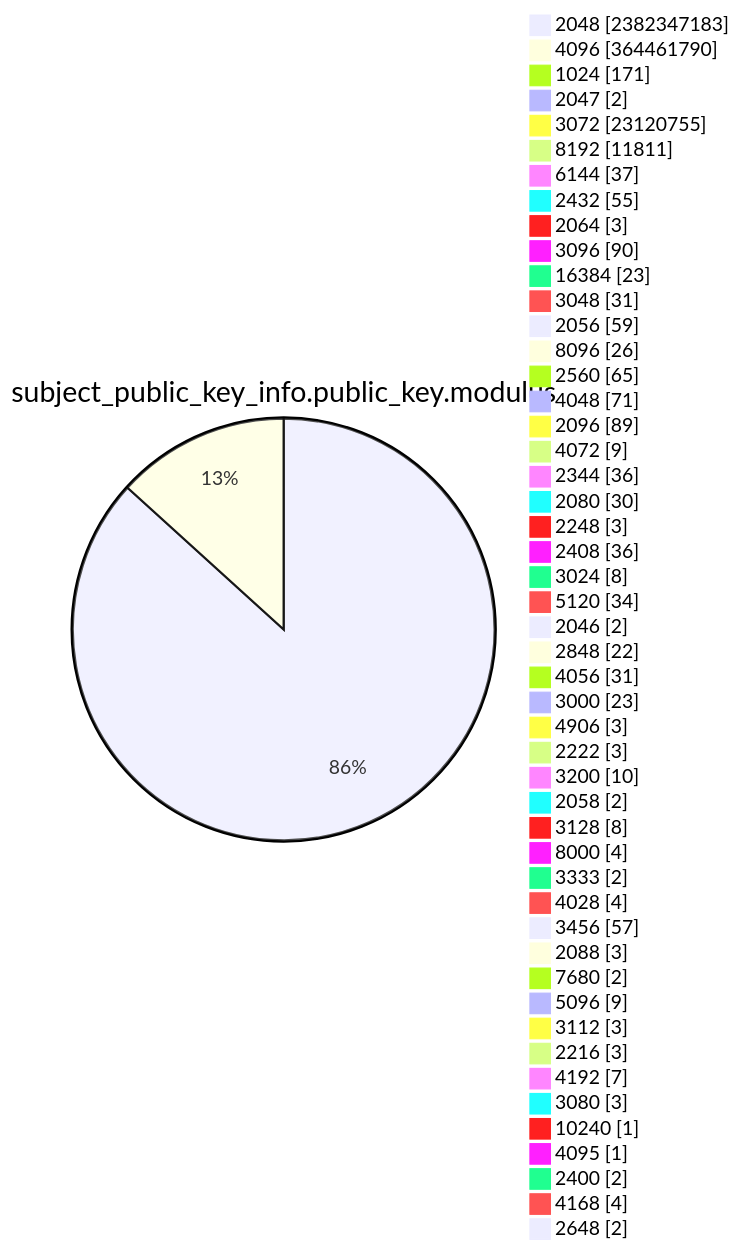
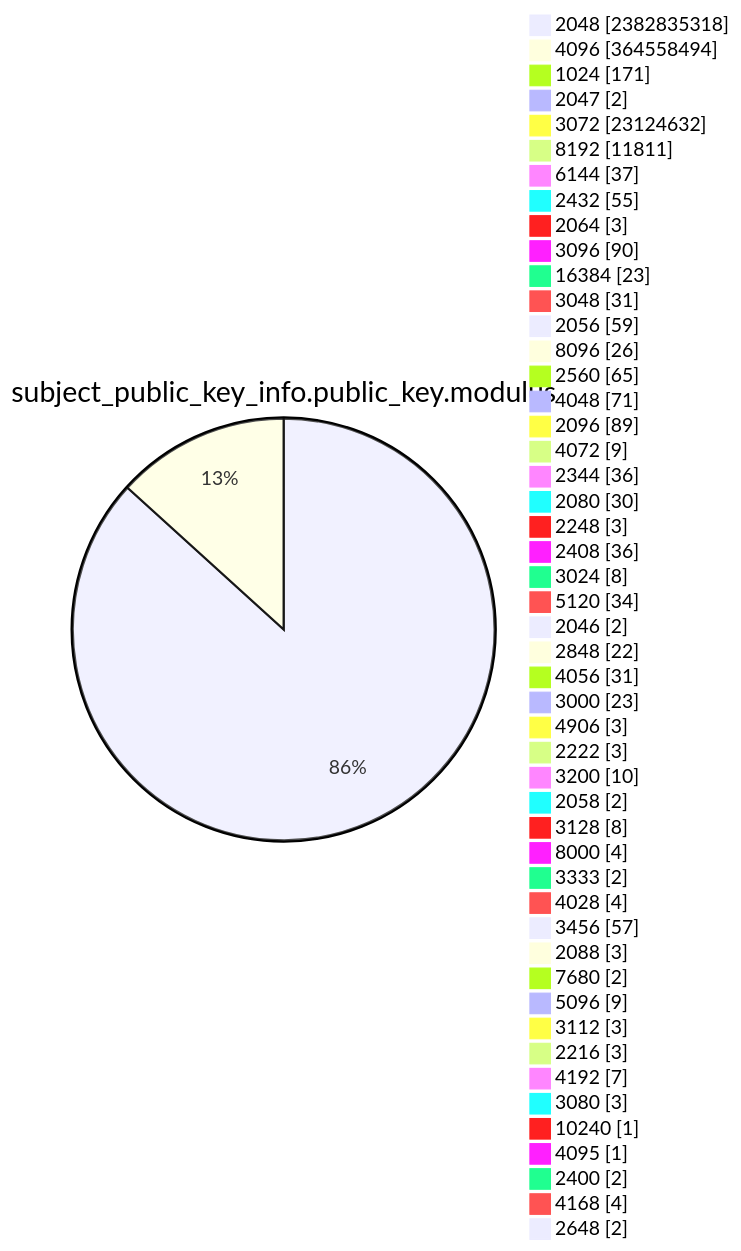
Before and after one commit to christiankrug/ctmonitor_visualization: diagram 13 of 15 in TOTAL/README.md, drawn with Mermaid. The commit also changed other lines of this file, not shown here.

````diff
--- a/TOTAL/README.md
+++ b/TOTAL/README.md
@@ -4167,53 +4167,53 @@
 ```mermaid
 pie showData
 title subject_public_key_info.public_key.modulus
-"2048" :2382347183
-"4096" :364461790
+"2048" :2382835318
+"4096" :364558494
 "1024" :171
 "2047" :2
-"3072" :23120755
+"3072" :23124632
 "8192" :11811
 "6144" :37
 "2432" :55
 "2064" :3
 "3096" :90
 "16384" :23
 "3048" :31
 "2056" :59
 "8096" :26
 "2560" :65
 "4048" :71
 "2096" :89
 "4072" :9
 "2344" :36
 "2080" :30
 "2248" :3
 "2408" :36
 "3024" :8
 "5120" :34
 "2046" :2
 "2848" :22
 "4056" :31
 "3000" :23
 "4906" :3
 "2222" :3
 "3200" :10
 "2058" :2
 "3128" :8
 "8000" :4
 "3333" :2
 "4028" :4
 "3456" :57
 "2088" :3
 "7680" :2
 "5096" :9
 "3112" :3
 "2216" :3
 "4192" :7
 "3080" :3
 "10240" :1
 "4095" :1
 "2400" :2
 "4168" :4
 "2648" :2
 ```
````
